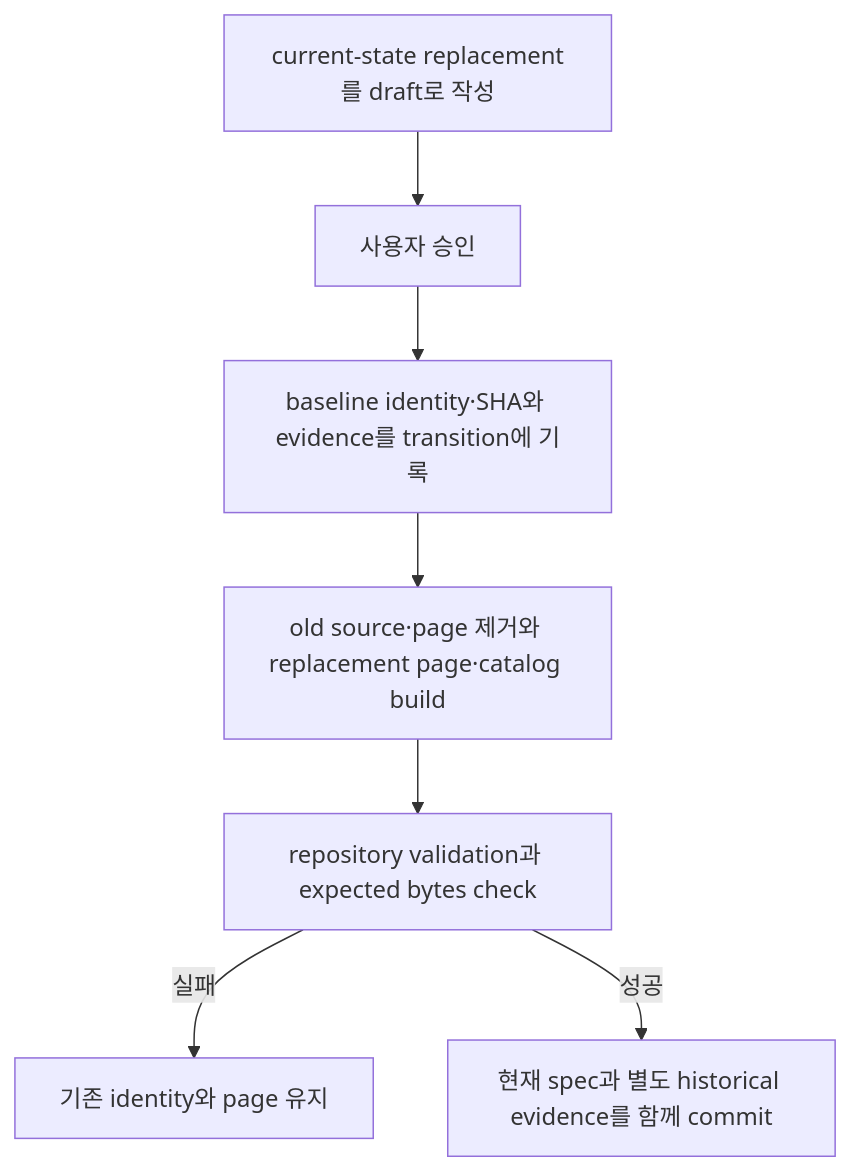
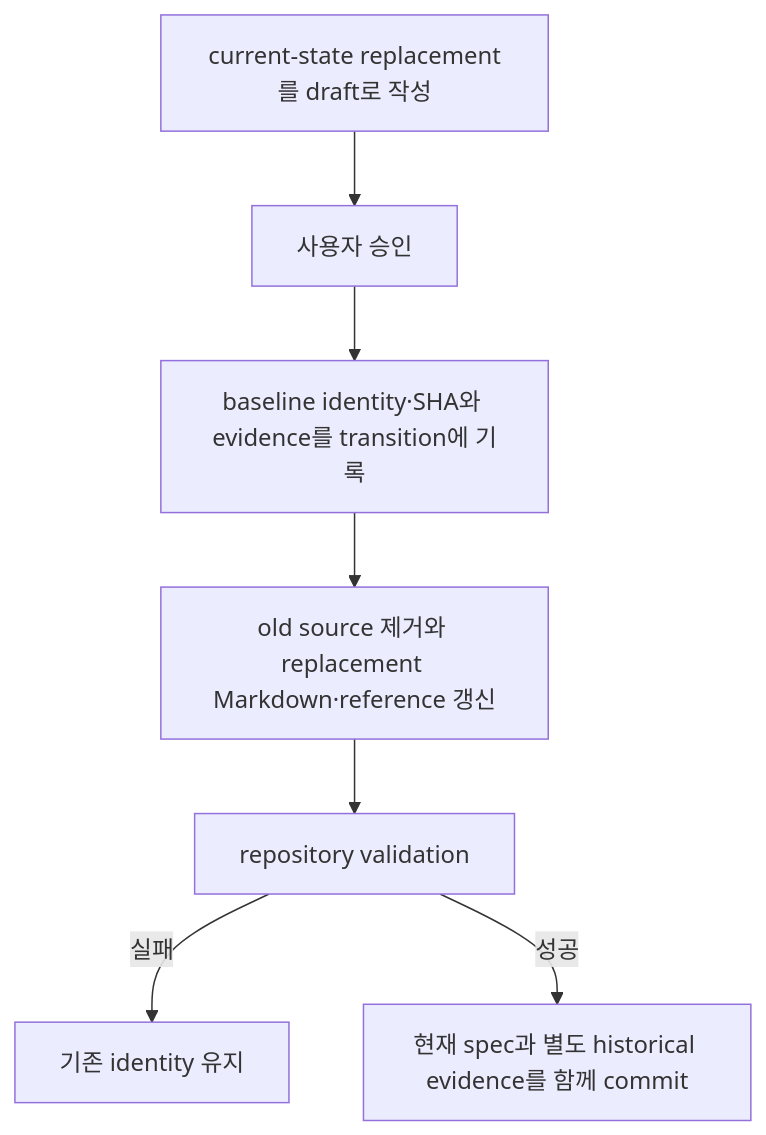
Before and after one commit to hope1026/aiagent-plugins: the fourth of 4 diagrams in docs/specs/008-structured-spec-pages/spec.md, drawn with Mermaid. The commit also changed other lines of this file and 45 other files, not shown here.

````diff
--- a/docs/specs/008-structured-spec-pages/spec.md
+++ b/docs/specs/008-structured-spec-pages/spec.md
@@ -164,9 +144,9 @@
 ```mermaid
 flowchart TD
     A["current-state replacement를 draft로 작성"] --> B["사용자 승인"]
     B --> C["baseline identity·SHA와 evidence를 transition에 기록"]
-    C --> D["old source·page 제거와 replacement page·catalog build"]
-    D --> E["repository validation과 expected bytes check"]
-    E -->|실패| F["기존 identity와 page 유지"]
+    C --> D["old source 제거와 replacement Markdown·reference 갱신"]
+    D --> E["repository validation"]
+    E -->|실패| F["기존 identity 유지"]
     E -->|성공| G["현재 spec과 별도 historical evidence를 함께 commit"]
 ```
````
